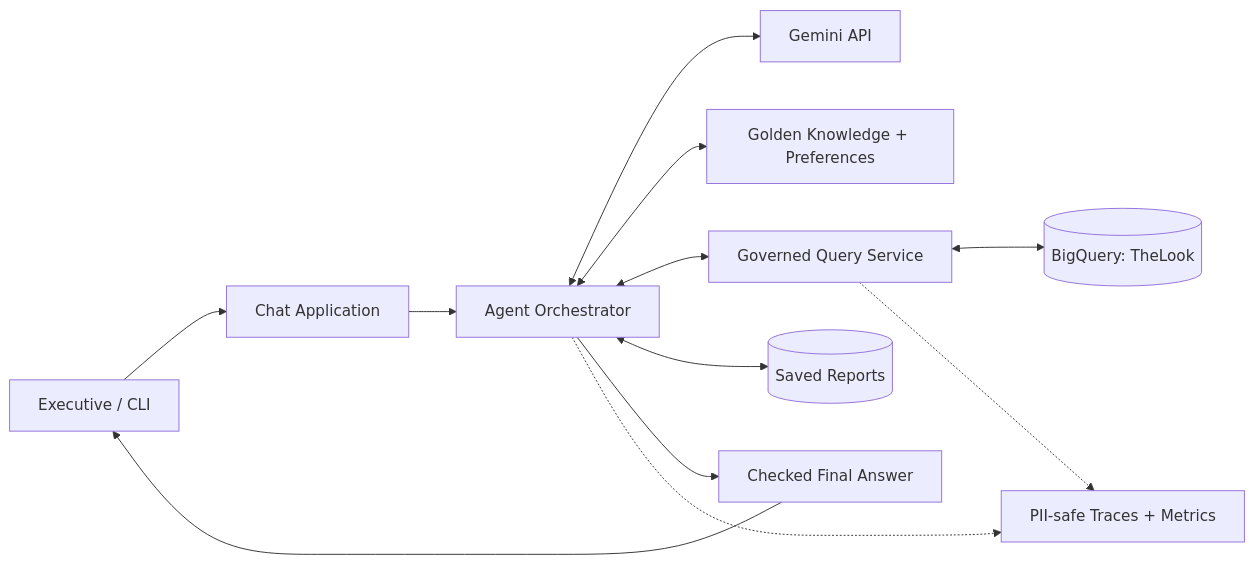
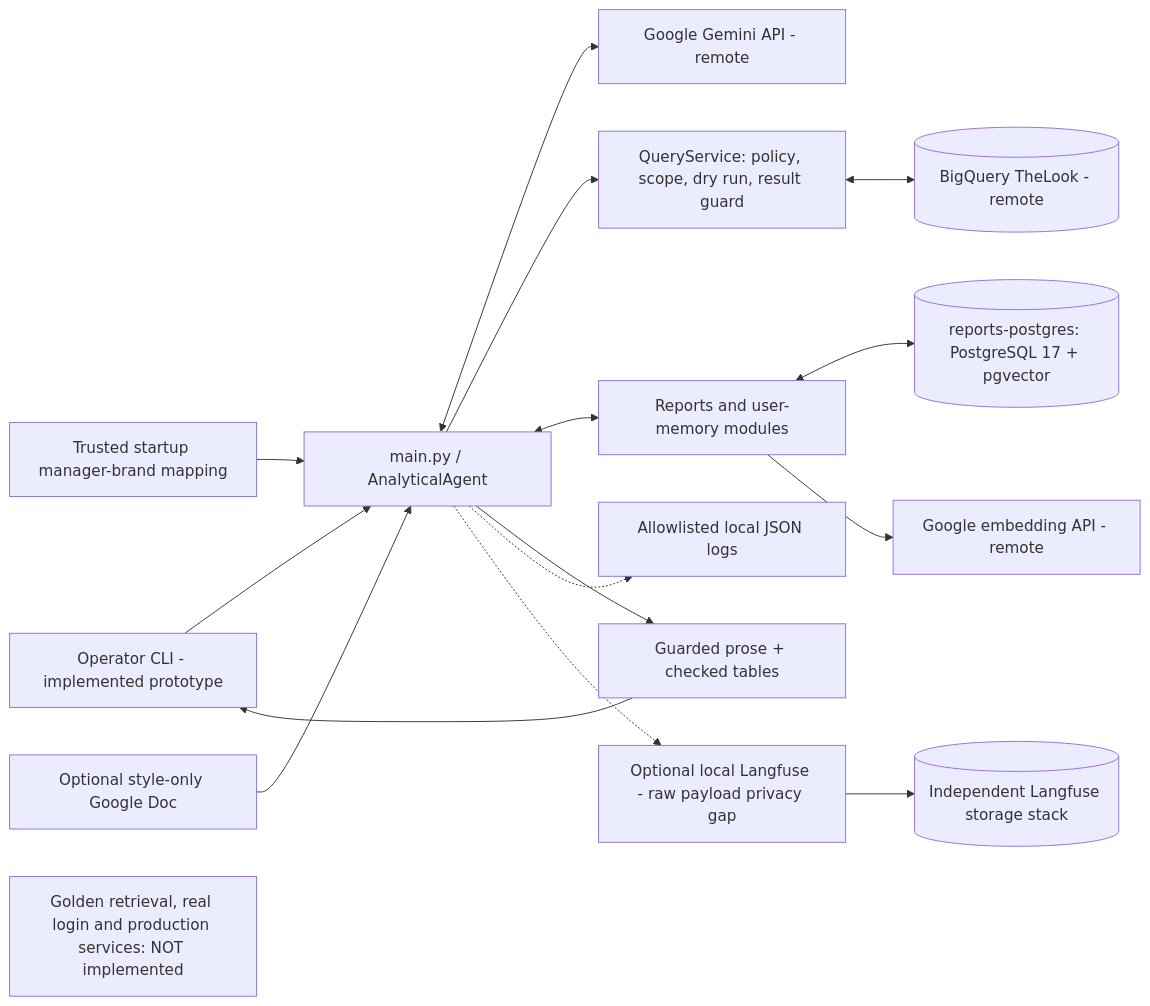
Before and after one commit to BenFruit/opsfleet_retail: the diagram in HLD/architecture-overview.mmd, drawn with Mermaid. The commit also changed 39 other files, not shown here.

First line of the commit message:
feat: add persistent user memory and consolidate architecture docs

```diff
--- a/HLD/architecture-overview.mmd
+++ b/HLD/architecture-overview.mmd
@@ -1,12 +1,16 @@
 flowchart LR
-    U["Executive / CLI"] --> APP["Chat Application"]
-    APP --> AG["Agent Orchestrator"]
-    AG <--> LLM["Gemini API"]
-    AG <--> K["Golden Knowledge + Preferences"]
-    AG <--> QS["Governed Query Service"]
-    QS <--> DB[("BigQuery: TheLook")]
-    AG <--> REP[("Saved Reports")]
-    AG --> OUT["Checked Final Answer"]
+    U["Operator CLI - implemented prototype"] --> APP["main.py / AnalyticalAgent"]
+    ACCESS["Trusted startup manager-brand mapping"] --> APP
+    DOC["Optional style-only Google Doc"] --> APP
+    APP <--> LLM["Google Gemini API - remote"]
+    APP --> QS["QueryService: policy, scope, dry run, result guard"]
+    QS <--> BQ[("BigQuery TheLook - remote")]
+    APP <--> RM["Reports and user-memory modules"]
+    RM <--> PG[("reports-postgres: PostgreSQL 17 + pgvector")]
+    RM --> EMB["Google embedding API - remote"]
+    APP --> OUT["Guarded prose + checked tables"]
     OUT --> U
-    AG -.-> OBS["PII-safe Traces + Metrics"]
-    QS -.-> OBS
+    APP -.-> LOG["Allowlisted local JSON logs"]
+    APP -.-> LF["Optional local Langfuse - raw payload privacy gap"]
+    LF --> STORE[("Independent Langfuse storage stack")]
+    FUTURE["Golden retrieval, real login and production services: NOT implemented"]
```
